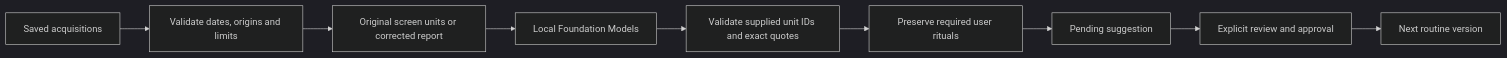
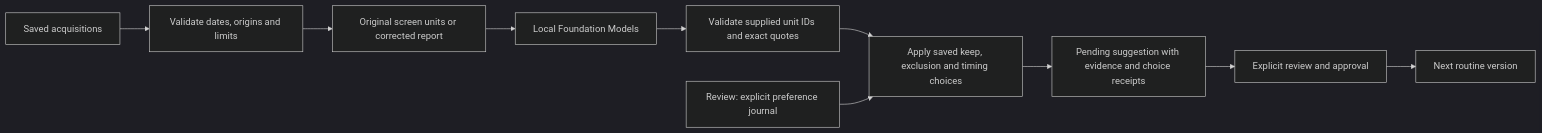
One commit to gderamchi/morning-operator changed the second of 2 diagrams in docs/ROUTINE-LEARNING.md. Above: the diagram before and after it, drawn with Mermaid (dark theme). The commit also changed other lines of this file and 6 other files, not shown here.

Commit message:
Document saved routine choices and scoped recovery results

````diff
--- a/docs/ROUTINE-LEARNING.md
+++ b/docs/ROUTINE-LEARNING.md
@@ -34,11 +34,12 @@
 ```mermaid
 flowchart LR
     A[Saved acquisitions] --> B[Validate dates, origins and limits]
     B --> C[Original screen units or corrected report]
     C --> D[Local Foundation Models]
     D --> E[Validate supplied unit IDs and exact quotes]
-    E --> F[Preserve required user rituals]
-    F --> G[Pending suggestion]
+    E --> F[Apply saved keep, exclusion and timing choices]
+    P[Review: explicit preference journal] --> F
+    F --> G[Pending suggestion with evidence and choice receipts]
     G --> H[Explicit review and approval]
     H --> I[Next routine version]
 ```
````
